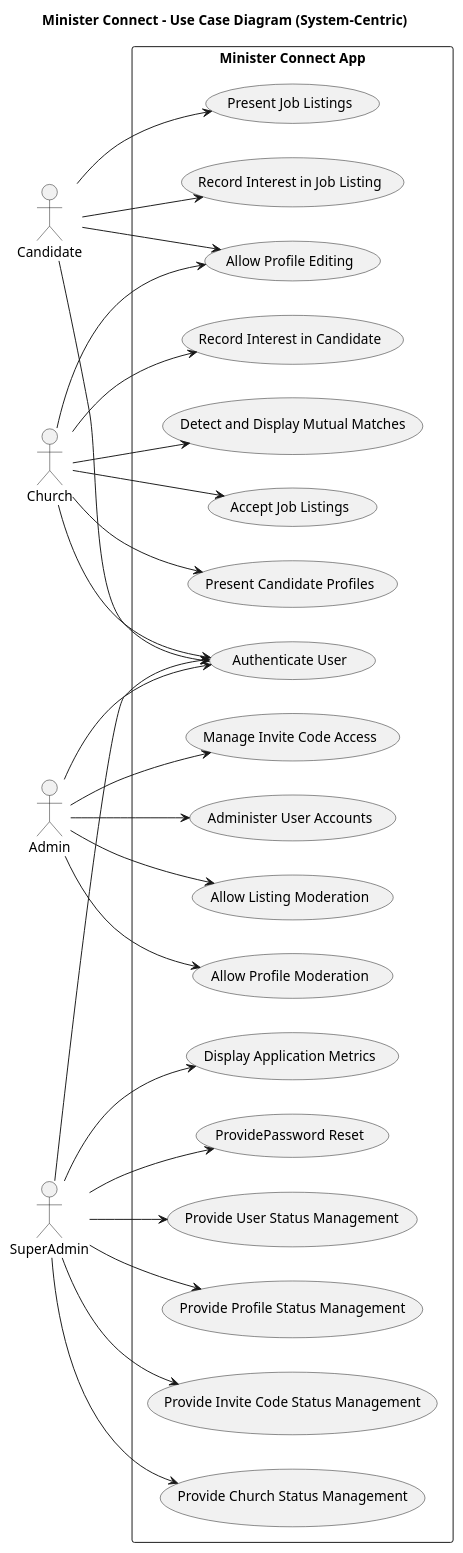
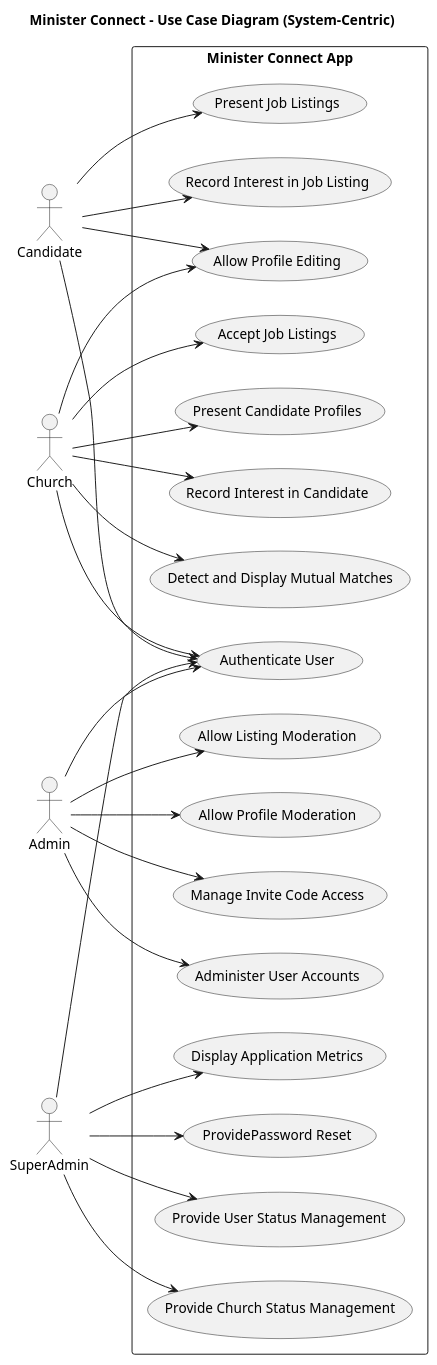
One commit to ginabethrussell/ministerconnect changed the diagram in docs/use-case-diagram.puml. Above: the diagram before and after it, drawn with PlantUML. The commit also changed 6 other files, not shown here.

```diff
--- a/docs/use-case-diagram.puml
+++ b/docs/use-case-diagram.puml
@@ -1,62 +1,58 @@
 @startuml MinisterConnectUseCaseDiagram
 
 title Minister Connect - Use Case Diagram (System-Centric)
 left to right direction
 
 actor Candidate
 actor Church
 actor Admin
 actor SuperAdmin
 
 rectangle "Minister Connect App" {
 
   (Authenticate User)
 
   (Allow Profile Editing)
   (Present Job Listings)
   (Record Interest in Job Listing)
   
   (Accept Job Listings)
   (Present Candidate Profiles)
   (Record Interest in Candidate)
   (Detect and Display Mutual Matches)
 
   (Allow Listing Moderation)
   (Allow Profile Moderation)
   (Manage Invite Code Access)
   (Administer User Accounts)
 
   (Display Application Metrics)
   (ProvidePassword Reset)
   (Provide User Status Management)
-  (Provide Profile Status Management)
-  (Provide Invite Code Status Management)
   (Provide Church Status Management)
 }
 
 Candidate --> (Authenticate User)
 Candidate --> (Allow Profile Editing)
 Candidate --> (Present Job Listings)
 Candidate --> (Record Interest in Job Listing)
 
 Church --> (Authenticate User)
 Church --> (Allow Profile Editing)
 Church --> (Accept Job Listings)
 Church --> (Present Candidate Profiles)
 Church --> (Record Interest in Candidate)
 Church --> (Detect and Display Mutual Matches)
 
 Admin --> (Authenticate User)
 Admin --> (Allow Listing Moderation)
 Admin --> (Allow Profile Moderation)
 Admin --> (Manage Invite Code Access)
 Admin --> (Administer User Accounts)
 
 SuperAdmin --> (Authenticate User)
 SuperAdmin --> (Display Application Metrics)
 SuperAdmin --> (ProvidePassword Reset)
 SuperAdmin --> (Provide User Status Management)
-SuperAdmin --> (Provide Profile Status Management)
-SuperAdmin --> (Provide Invite Code Status Management)
 SuperAdmin --> (Provide Church Status Management)
 @enduml
```
